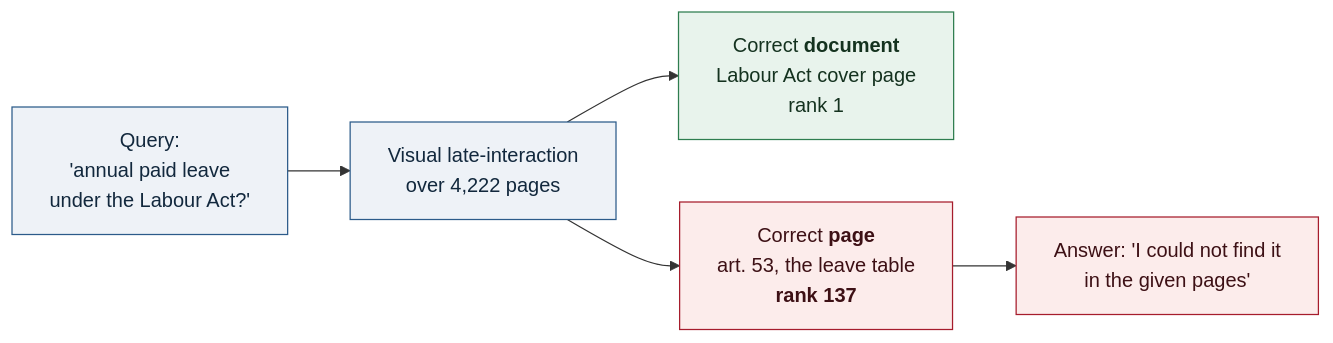
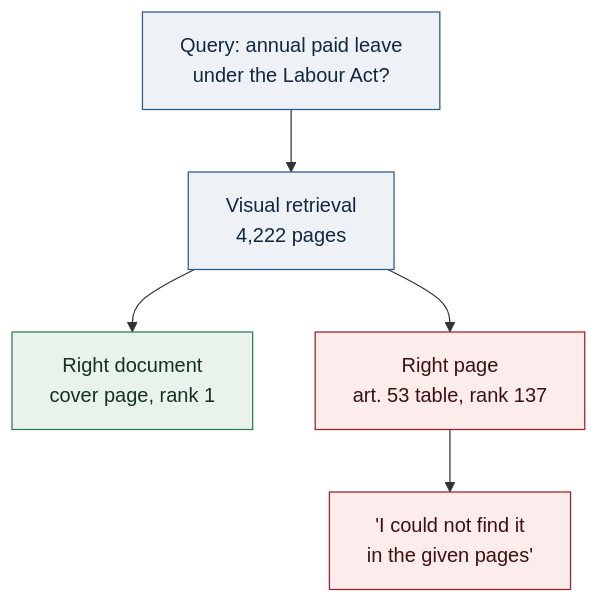
One commit to barandincoguz/belge-gozu changed the first of 6 diagrams in README.md. Above: the diagram before and after it, drawn with Mermaid. The commit also changed other lines of this file, not shown here.

````diff
--- a/README.md
+++ b/README.md
@@ -47,14 +47,13 @@
 ```mermaid
-flowchart LR
-    Q["Query:<br/>'annual paid leave<br/>under the Labour Act?'"] --> V["Visual late-interaction<br/>over 4,222 pages"]
-    V --> D["Correct <b>document</b><br/>Labour Act cover page<br/>rank 1"]
-    V --> P["Correct <b>page</b><br/>art. 53, the leave table<br/><b>rank 137</b>"]
-    P --> A["Answer: 'I could not find it<br/>in the given pages'"]
-
+flowchart TB
+    Q["Query: annual paid leave<br/>under the Labour Act?"] --> V["Visual retrieval<br/>4,222 pages"]
+    V --> D["Right document<br/>cover page, rank 1"]
+    V --> P["Right page<br/>art. 53 table, rank 137"]
+    P --> A["'I could not find it<br/>in the given pages'"]
     classDef ok fill:#e8f3ec,stroke:#2e7d4f,color:#14321f
     classDef bad fill:#fceceb,stroke:#a61c2c,color:#3d1015
     classDef neutral fill:#eef2f7,stroke:#2c5b8a,color:#12283d
     class D ok
     class P,A bad
     class Q,V neutral
 ```
````
